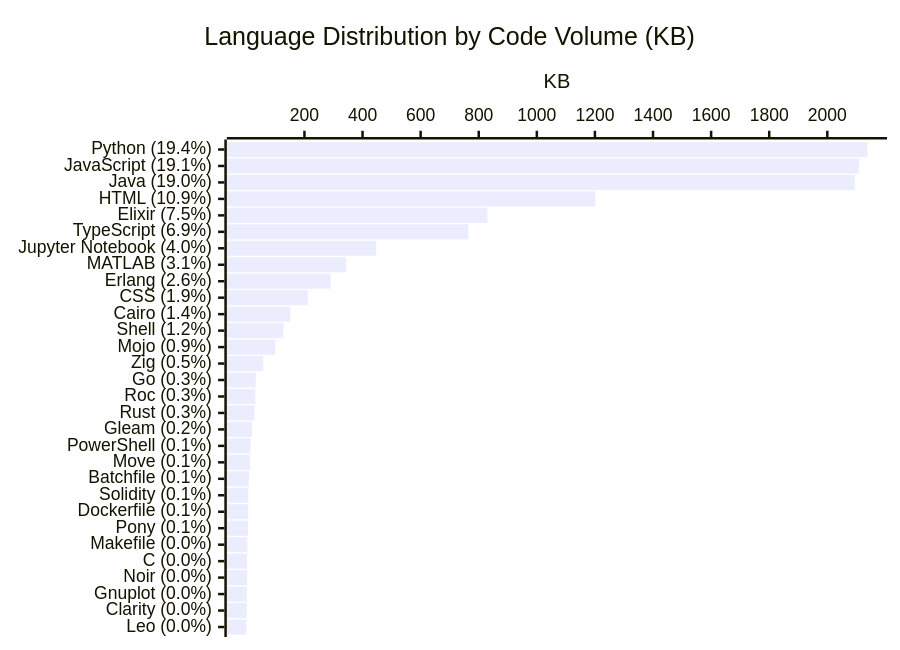
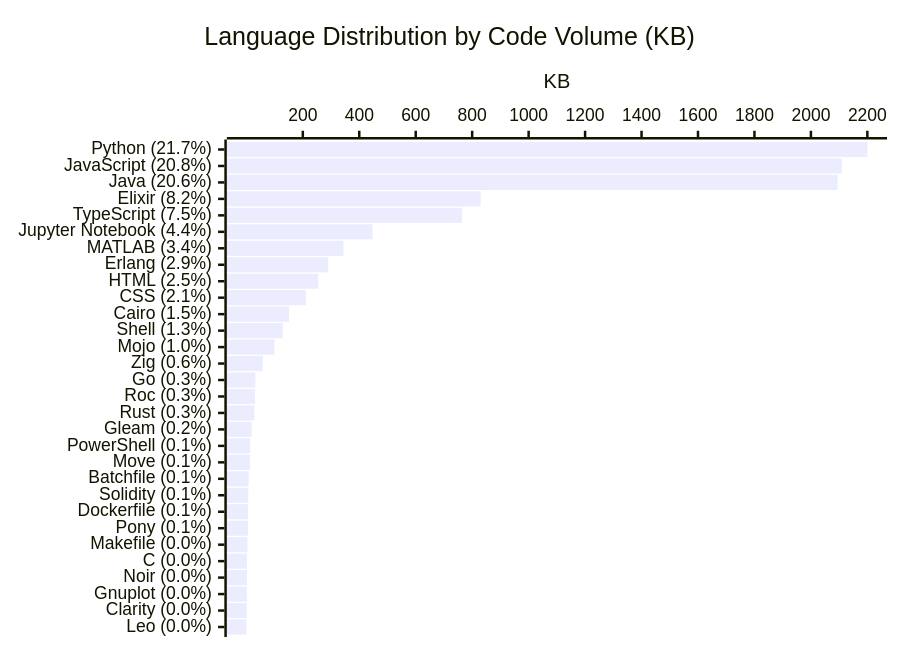
Before and after one commit to KathiraveluLab/.github: the diagram in profile/README.md, drawn with Mermaid. The commit also changed other lines of this file and 1 other file, not shown here.

````diff
--- a/profile/README.md
+++ b/profile/README.md
@@ -75,7 +75,7 @@
 ```mermaid
 xychart-beta horizontal
     title "Language Distribution by Code Volume (KB)"
-    x-axis ["Python (19.4%)", "JavaScript (19.1%)", "Java (19.0%)", "HTML (10.9%)", "Elixir (7.5%)", "TypeScript (6.9%)", "Jupyter Notebook (4.0%)", "MATLAB (3.1%)", "Erlang (2.6%)", "CSS (1.9%)", "Cairo (1.4%)", "Shell (1.2%)", "Mojo (0.9%)", "Zig (0.5%)", "Go (0.3%)", "Roc (0.3%)", "Rust (0.3%)", "Gleam (0.2%)", "PowerShell (0.1%)", "Move (0.1%)", "Batchfile (0.1%)", "Solidity (0.1%)", "Dockerfile (0.1%)", "Pony (0.1%)", "Makefile (0.0%)", "C (0.0%)", "Noir (0.0%)", "Gnuplot (0.0%)", "Clarity (0.0%)", "Leo (0.0%)"]
+    x-axis ["Python (21.7%)", "JavaScript (20.8%)", "Java (20.6%)", "Elixir (8.2%)", "TypeScript (7.5%)", "Jupyter Notebook (4.4%)", "MATLAB (3.4%)", "Erlang (2.9%)", "HTML (2.5%)", "CSS (2.1%)", "Cairo (1.5%)", "Shell (1.3%)", "Mojo (1.0%)", "Zig (0.6%)", "Go (0.3%)", "Roc (0.3%)", "Rust (0.3%)", "Gleam (0.2%)", "PowerShell (0.1%)", "Move (0.1%)", "Batchfile (0.1%)", "Solidity (0.1%)", "Dockerfile (0.1%)", "Pony (0.1%)", "Makefile (0.0%)", "C (0.0%)", "Noir (0.0%)", "Gnuplot (0.0%)", "Clarity (0.0%)", "Leo (0.0%)"]
     y-axis "KB"
-    bar [2138.01, 2109.61, 2094.5, 1201.32, 830.13, 763.92, 446.91, 343.93, 289.93, 211.09, 151.31, 127.55, 99.52, 58.12, 32.03, 30.88, 28.25, 18.9, 13.91, 12.89, 8.48, 6.65, 6.34, 6.01, 3.74, 2.58, 2.46, 1.82, 1.53, 0.26]
+    bar [2200.16, 2109.61, 2094.5, 830.13, 763.94, 446.91, 343.93, 289.93, 254.7, 211.09, 151.31, 129.25, 99.52, 58.12, 32.03, 30.88, 28.25, 18.9, 13.91, 12.89, 8.48, 6.65, 6.34, 6.01, 3.74, 2.58, 2.46, 1.82, 1.53, 0.26]
 ```
````
